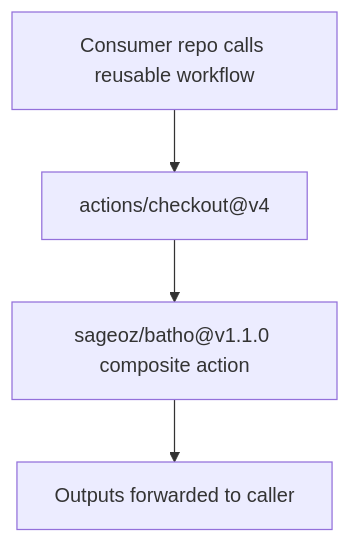
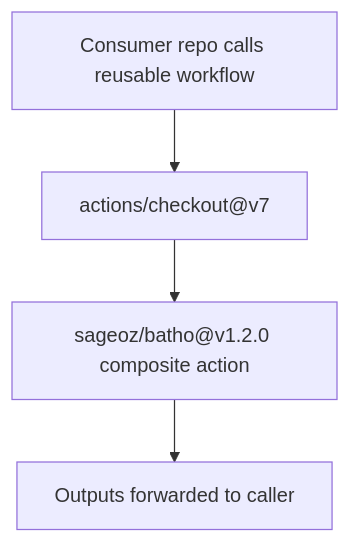
One commit to sageoz/Batho changed the diagram in docs-site/docs/cicd/reusable-workflow.md. Above: the diagram before and after it, drawn with Mermaid. The commit also changed other lines of this file and 52 other files, not shown here.

First line of the commit message:
chore: expand review workflow with Batho v1.2.0 subsystem coverage and documentation audit checklist

````diff
--- a/docs-site/docs/cicd/reusable-workflow.md
+++ b/docs-site/docs/cicd/reusable-workflow.md
@@ -7,6 +7,6 @@
 ```mermaid
 flowchart TD
-    A["Consumer repo calls reusable workflow"] --> B["actions/checkout@v4"]
-    B --> C["sageoz/batho@v1.1.0 composite action"]
+    A["Consumer repo calls reusable workflow"] --> B["actions/checkout@v7"]
+    B --> C["sageoz/batho@v1.2.0 composite action"]
     C --> D["Outputs forwarded to caller"]
 ```
````
